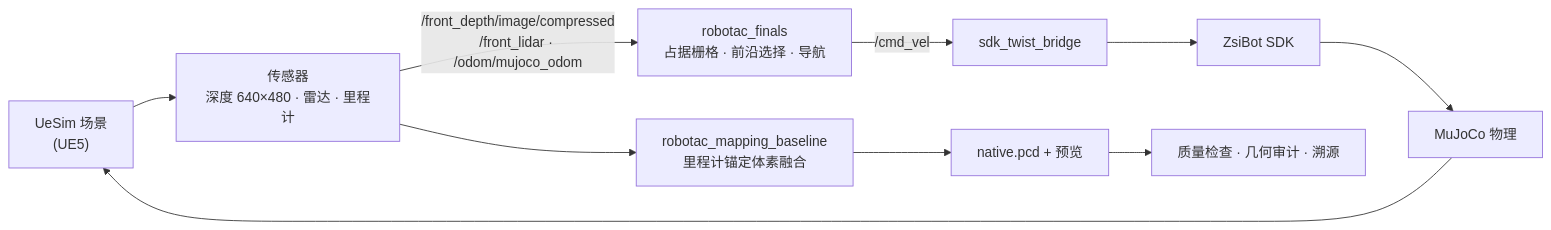
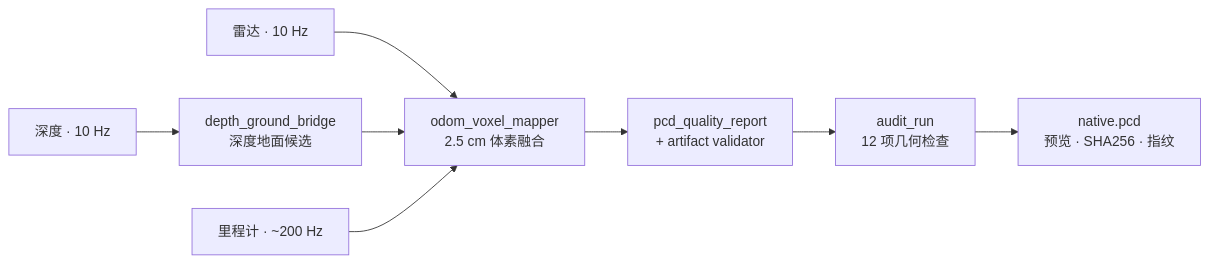
Before and after one commit to MCYX12/robotac-auto-max: the second of 3 diagrams in README.md, drawn with Mermaid. The commit also changed other lines of this file and 2 other files, not shown here.

````diff
--- a/README.md
+++ b/README.md
@@ -27,12 +89,10 @@
 ```mermaid
 flowchart LR
-  UE["UeSim 场景<br/>(UE5)"] --> SEN["传感器<br/>深度 640×480 · 雷达 · 里程计"]
-  MJ["MuJoCo 物理"] --> UE
-  SEN -->|"/front_depth/image/compressed<br/>/front_lidar · /odom/mujoco_odom"| EXP["robotac_finals<br/>占据栅格 · 前沿选择 · 导航"]
-  EXP -->|"/cmd_vel"| BR["sdk_twist_bridge"]
-  BR --> SDK["ZsiBot SDK"]
-  SDK --> MJ
-  SEN --> MAP["robotac_mapping_baseline<br/>里程计锚定体素融合"]
-  MAP --> PCD["native.pcd + 预览"]
-  PCD --> QA["质量检查 · 几何审计 · 溯源"]
+    D["深度 · 10 Hz"] --> Q["depth_ground_bridge<br/>深度地面候选"]
+    L["雷达 · 10 Hz"] --> V
+    Q --> V["odom_voxel_mapper<br/>2.5 cm 体素融合"]
+    O["里程计 · ~200 Hz"] --> V
+    V --> QA["pcd_quality_report<br/>+ artifact validator"]
+    QA --> AU["audit_run<br/>12 项几何检查"]
+    AU --> P["native.pcd<br/>预览 · SHA256 · 指纹"]
 ```
````
